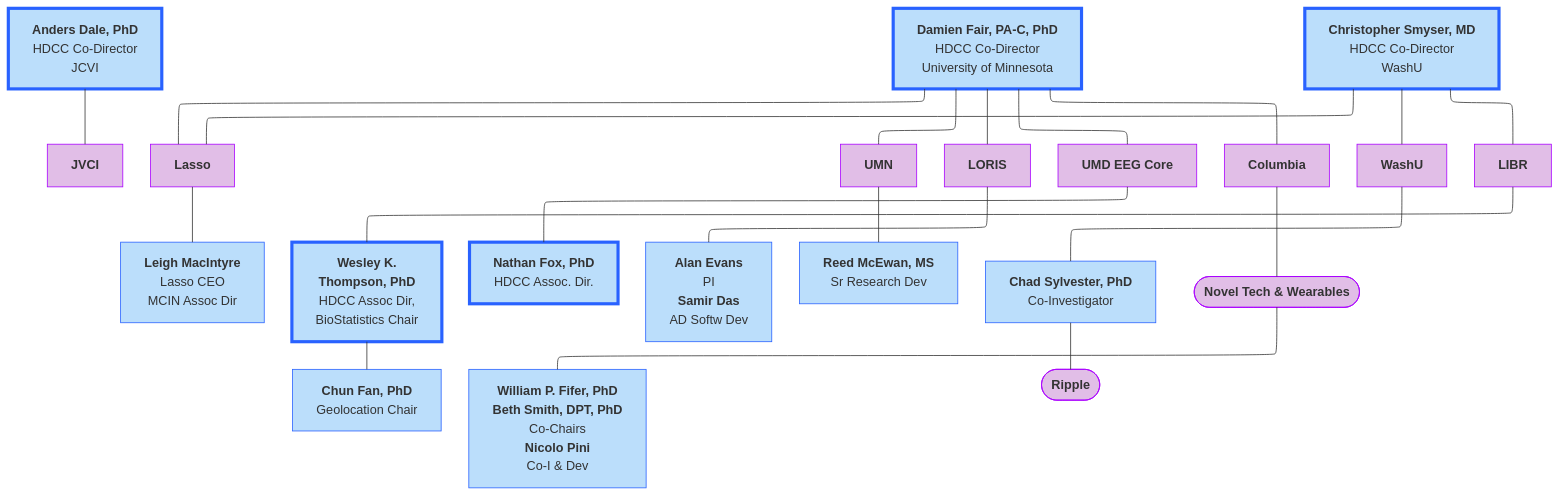
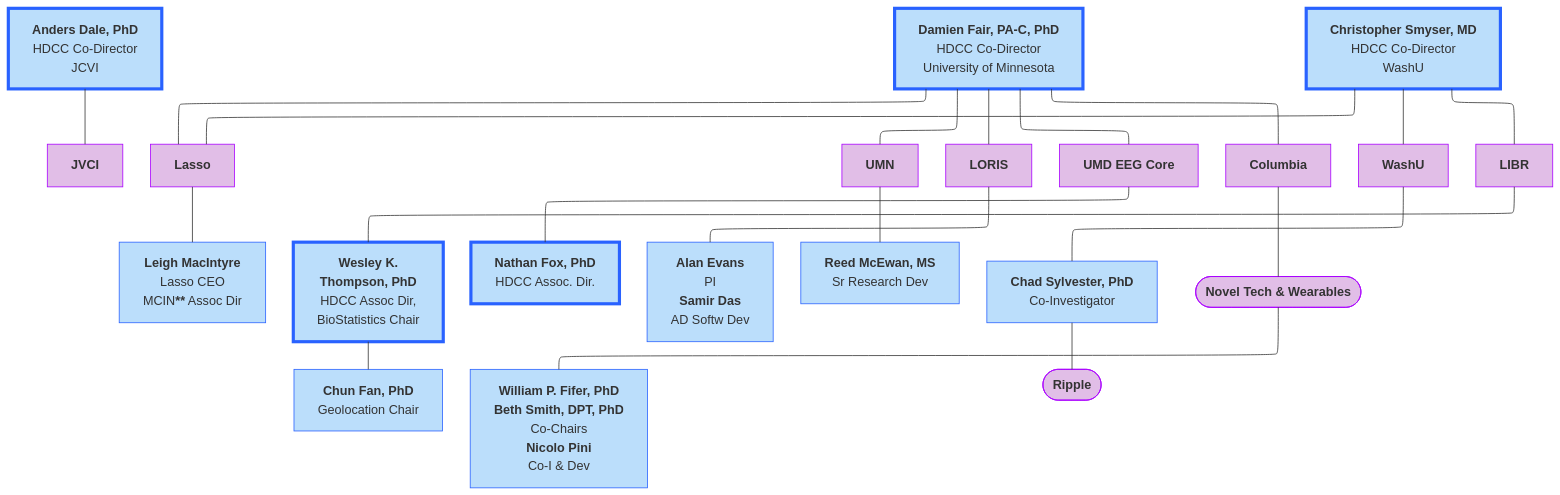
Before and after one commit to DCAN-Labs/hbcd-docs-internal: the third of 11 diagrams in docs/orgcharts.md, drawn with Mermaid. The commit also changed other lines of this file, not shown here.

Commit message:
add footnote

````diff
--- a/docs/orgcharts.md
+++ b/docs/orgcharts.md
@@ -26,47 +26,47 @@
 ```mermaid
 ---
 config:
   layout: elk
 ---
 flowchart TB
     n2["<b>Anders Dale, PhD<br></b>HDCC Co-Director<br>JCVI"] --- jvci["<b>JVCI</b>"]
     E["<b>Damien Fair, PA-C, PhD</b><br>HDCC Co-Director<br>University of Minnesota"] --- lasso["<b>Lasso</b>"] & umn["<b>UMN</b>"] & n7["<b>LORIS</b>"] & n8["<b>UMD EEG Core</b>"] & n11["<b>Columbia</b>"]
-    lasso --- lasso1["<b>Leigh MacIntyre</b><br>Lasso CEO<br>MCIN Assoc Dir"]
+    lasso --- lasso1["<b>Leigh MacIntyre</b><br>Lasso CEO<br>MCIN<b>**</b> Assoc Dir"]
     n1["<b>Christopher Smyser, MD<br></b>HDCC Co-Director<br>WashU"] --- n10["<b>WashU</b><br>"] & n12["<b>LIBR</b>"] & lasso
     n16["<b>Wesley K.<br>Thompson, PhD</b><br>HDCC Assoc Dir,<br>BioStatistics Chair"] --- n17["<b>Chun Fan, PhD</b><br>Geolocation Chair"]
     n12 --- n16
     n8 --- n19["<b>Nathan Fox, PhD<br></b>HDCC Assoc. Dir."]
     n7 --- n20["<b>Alan Evans</b><br>PI<br><b>Samir Das</b><br>AD Softw Dev"]
     umn --- reed["<b>Reed McEwan, MS</b><br>Sr Research Dev"]
     n10 --- n22["<b>Chad Sylvester, PhD</b><br>Co-Investigator"]
     n11 --- n23(["<b>Novel Tech &amp; Wearables</b>"])
     n23 --- n18["<b>William P. Fifer, PhD</b><br><b>Beth Smith, DPT, PhD</b><br>Co-Chairs<br><b>Nicolo Pini<br></b>Co-I &amp; Dev"]
     n22 --- n24(["<b>Ripple</b>"])
     style n2 fill:#BBDEFB,stroke:#2962FF,stroke-width:4px
     style jvci fill:#E1BEE7,stroke:#AA00FF
     style E fill:#BBDEFB,stroke:#2962FF,stroke-width:4px
     style lasso fill:#E1BEE7,stroke:#AA00FF
     style umn fill:#E1BEE7,stroke:#AA00FF
     style n7 fill:#E1BEE7,stroke:#AA00FF
     style n8 fill:#E1BEE7,stroke:#AA00FF
     style n11 fill:#E1BEE7,stroke:#AA00FF
     style lasso1 fill:#BBDEFB,stroke:#2962FF
     style n1 fill:#BBDEFB,stroke:#2962FF,stroke-width:4px
     style n10 fill:#E1BEE7,stroke:#AA00FF
     style n12 fill:#E1BEE7,stroke:#AA00FF
     style n16 fill:#BBDEFB,stroke:#2962FF,stroke-width:4px
     style n17 fill:#BBDEFB,stroke:#2962FF
     style n19 fill:#BBDEFB,stroke:#2962FF,stroke-width:4px
     style n20 fill:#BBDEFB,stroke:#2962FF
     style reed fill:#BBDEFB,stroke:#2962FF
     style n22 fill:#BBDEFB,stroke:#2962FF
     style n23 fill:#E1BEE7,stroke:#AA00FF
     style n18 fill:#BBDEFB,stroke:#2962FF
     style n24 fill:#E1BEE7,stroke:#AA00FF
     click jvci "#j-craig-venter-institute"
     click lasso "#lasso"
     click umn "#university-of-minnesota"
     click n7 "#loris"
     click n8 "#umd-eeg-core"
     click n10 "#washu"
 ```
````
